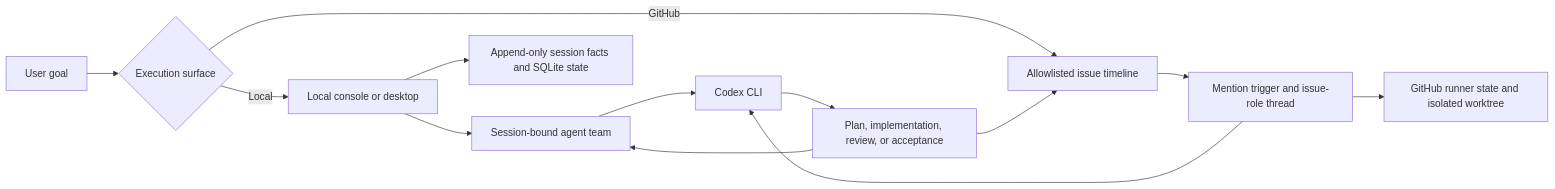
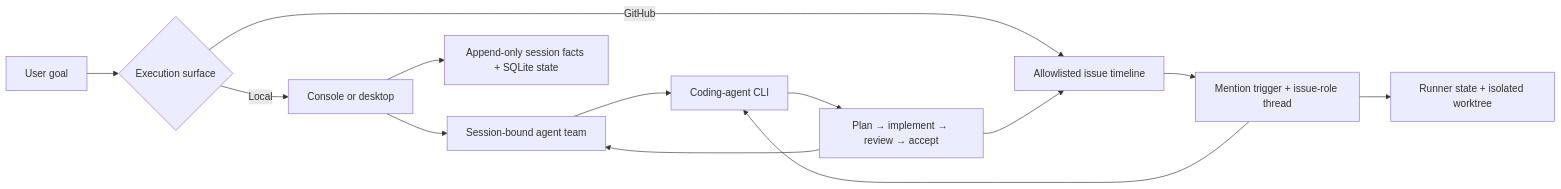
Before and after one commit to tranfu-labs/moebius: the diagram in README.md, drawn with Mermaid. The commit also changed other lines of this file and 7 other files, not shown here.

````diff
--- a/README.md
+++ b/README.md
@@ -151,15 +125,15 @@
 ```mermaid
 flowchart LR
   A["User goal"] --> B{"Execution surface"}
-  B -->|Local| C["Local console or desktop"]
+  B -->|Local| C["Console or desktop"]
   B -->|GitHub| D["Allowlisted issue timeline"]
   C --> E["Session-bound agent team"]
-  D --> F["Mention trigger and issue-role thread"]
-  E --> G["Codex CLI"]
+  D --> F["Mention trigger + issue-role thread"]
+  E --> G["Coding-agent CLI"]
   F --> G
-  G --> H["Plan, implementation, review, or acceptance"]
+  G --> H["Plan → implement → review → accept"]
   H --> E
   H --> D
-  C --> I["Append-only session facts and SQLite state"]
-  F --> J["GitHub runner state and isolated worktree"]
+  C --> I["Append-only session facts + SQLite state"]
+  F --> J["Runner state + isolated worktree"]
 ```
````
